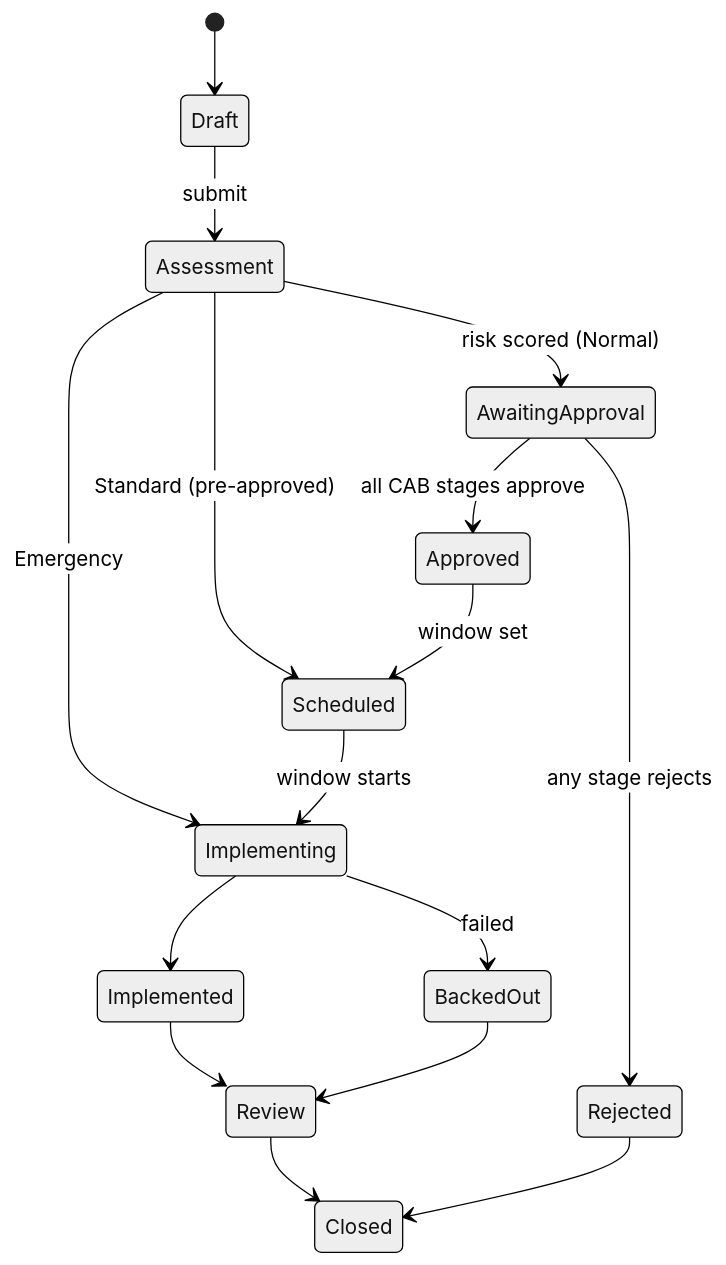
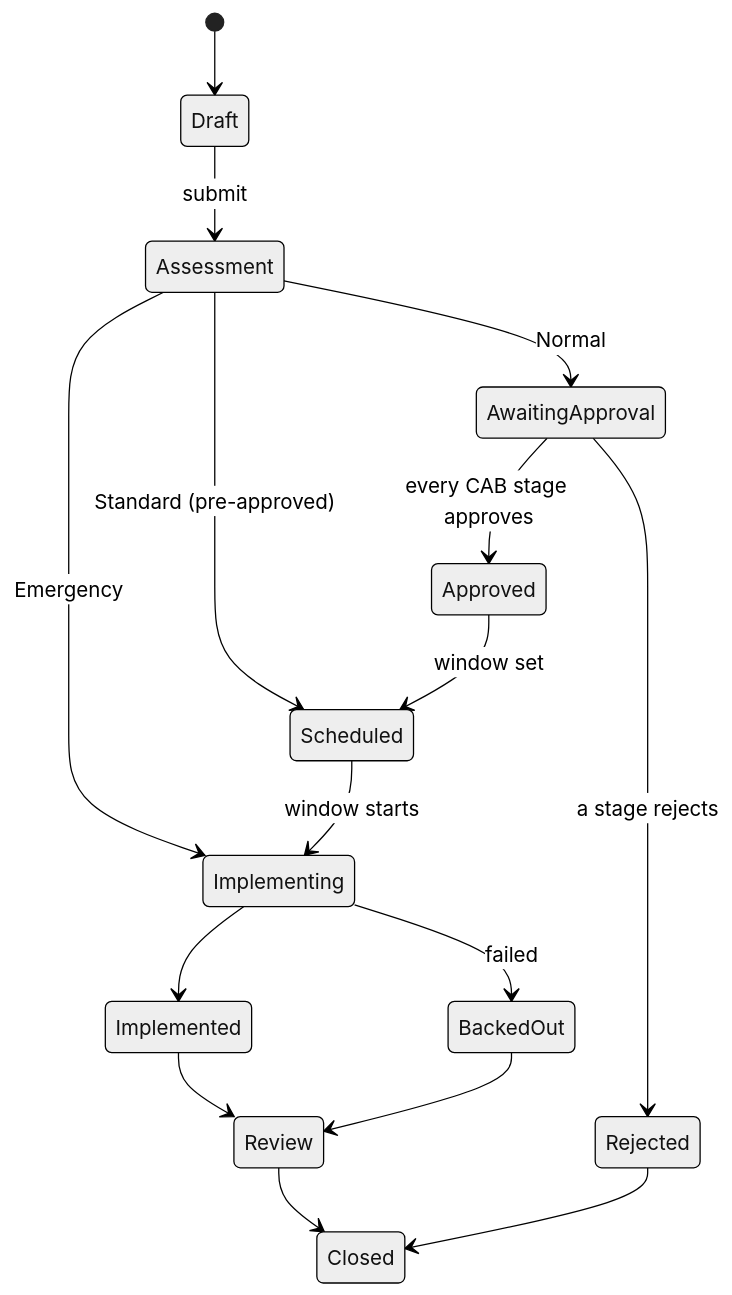
One commit to CrestApps/CrestApps.OrchardCore changed the fourth of 11 diagrams in docs/engineering/psa/psa-platform-plan.md. Above: the diagram before and after it, drawn with Mermaid (neutral theme). The commit also changed other lines of this file and 1 other file, not shown here.

````diff
--- a/docs/engineering/psa/psa-platform-plan.md
+++ b/docs/engineering/psa/psa-platform-plan.md
@@ -812,18 +807,18 @@
 ```mermaid
 stateDiagram-v2
   [*] --> Draft
   Draft --> Assessment: submit
-  Assessment --> AwaitingApproval: risk scored (Normal)
+  Assessment --> AwaitingApproval: Normal
   Assessment --> Scheduled: Standard (pre-approved)
   Assessment --> Implementing: Emergency
-  AwaitingApproval --> Approved: all CAB stages approve
-  AwaitingApproval --> Rejected: any stage rejects
+  AwaitingApproval --> Approved: every CAB stage approves
+  AwaitingApproval --> Rejected: a stage rejects
   Approved --> Scheduled: window set
   Scheduled --> Implementing: window starts
   Implementing --> Implemented
   Implementing --> BackedOut: failed
   Implemented --> Review
   BackedOut --> Review
   Review --> Closed
   Rejected --> Closed
 ```
````
